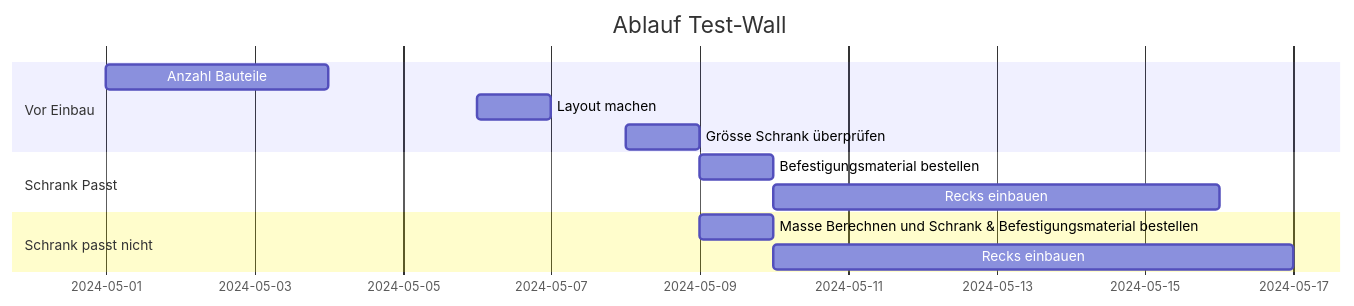
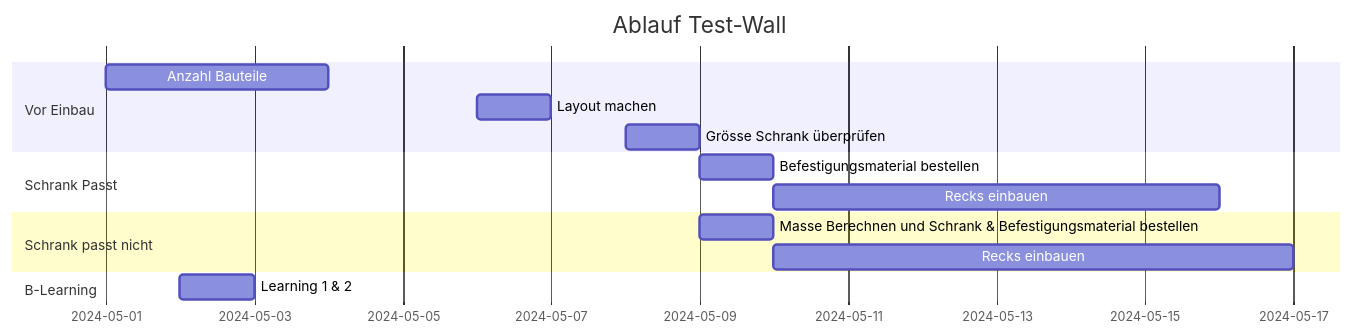
The diagram in Ablauf_Test-Wall.mmd (BenZiep/BenZiep), drawn with Mermaid before and after one commit.

```diff
--- a/Ablauf_Test-Wall.mmd
+++ b/Ablauf_Test-Wall.mmd
@@ -1,13 +1,15 @@
 gantt
     title Ablauf Test-Wall
     dateFormat  YYYY-MM-DD
     section Vor Einbau
     Anzahl Bauteile           :a1, 2024-05-01, 3d
     Layout machen     :a2, 2024-05-06  , 1d
     Grösse Schrank überprüfen :a3, 2024-05-08, 1d
     section Schrank Passt
     Befestigungsmaterial bestellen      :b1, 2024-05-09 , 1d
     Recks einbauen      :after b1, 6d
     section Schrank passt nicht
     Masse Berechnen und Schrank & Befestigungsmaterial bestellen :after a3, 1d
     Recks einbauen :c1, after b1, 7d
+    section B-Learning
+    Learning 1 & 2 :d1, 2024-05-02, 1d
```
